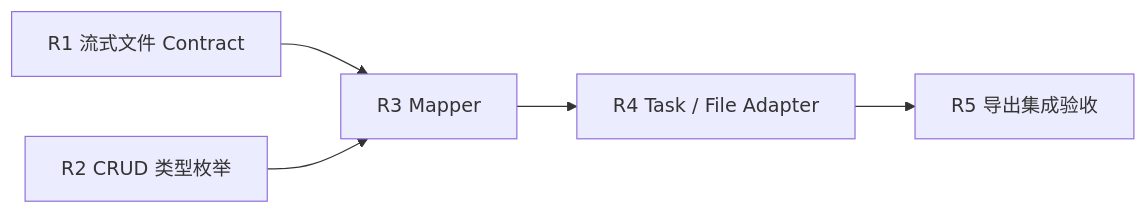
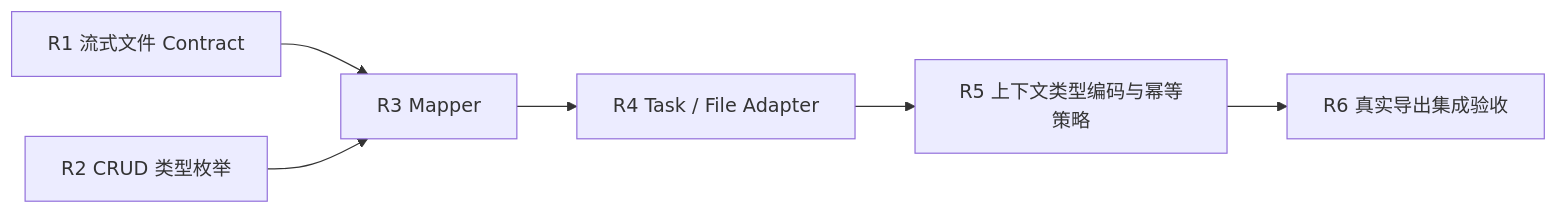
The fourth of 4 diagrams in docs/evolution/roadmap/core/运行时适配最小闭环实施计划.md (ent-loom/ent-loom), drawn with Mermaid before and after one commit. The commit also changed other lines of this file and 21 other files, not shown here.

````diff
--- a/docs/evolution/roadmap/core/运行时适配最小闭环实施计划.md
+++ b/docs/evolution/roadmap/core/运行时适配最小闭环实施计划.md
@@ -172,12 +172,13 @@
 ```mermaid
 flowchart LR
     r1["R1 流式文件 Contract"]
     r2["R2 CRUD 类型枚举"]
     r3["R3 Mapper"]
     r4["R4 Task / File Adapter"]
-    r5["R5 导出集成验收"]
+    r5["R5 上下文类型编码与幂等策略"]
+    r6["R6 真实导出集成验收"]
 
     r1 --> r3
     r2 --> r3
-    r3 --> r4 --> r5
+    r3 --> r4 --> r5 --> r6
 ```
````
